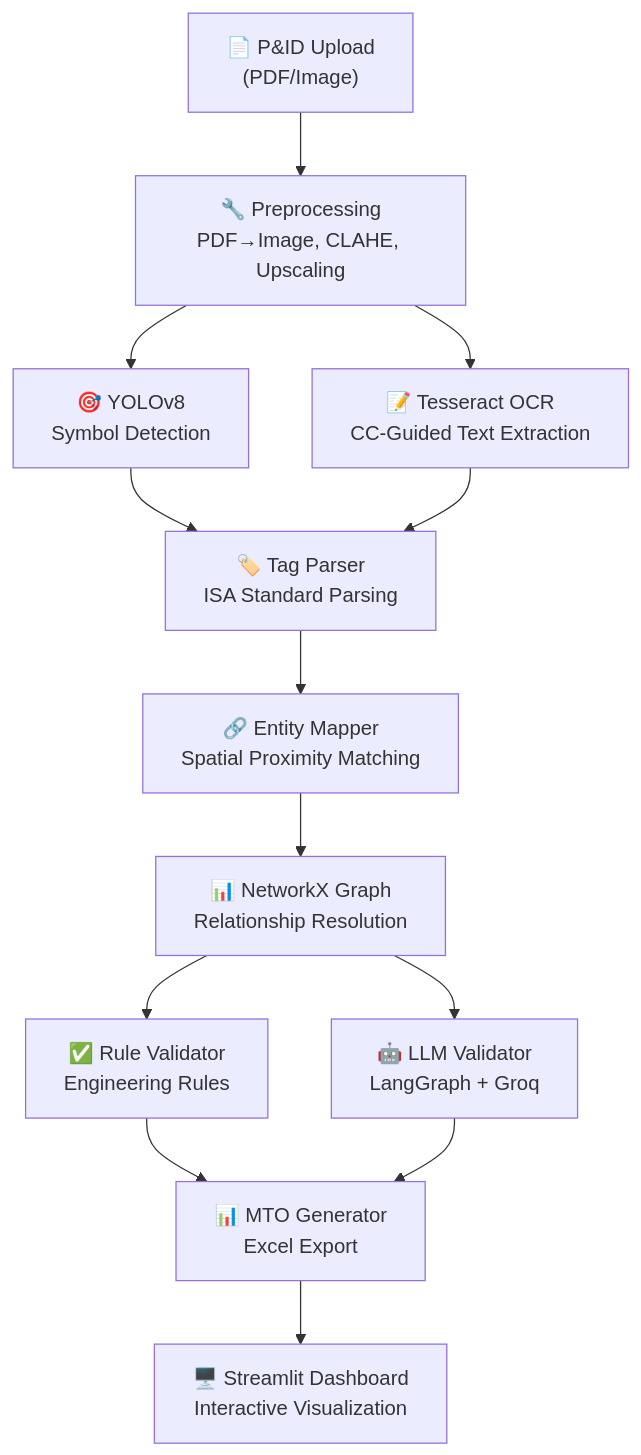
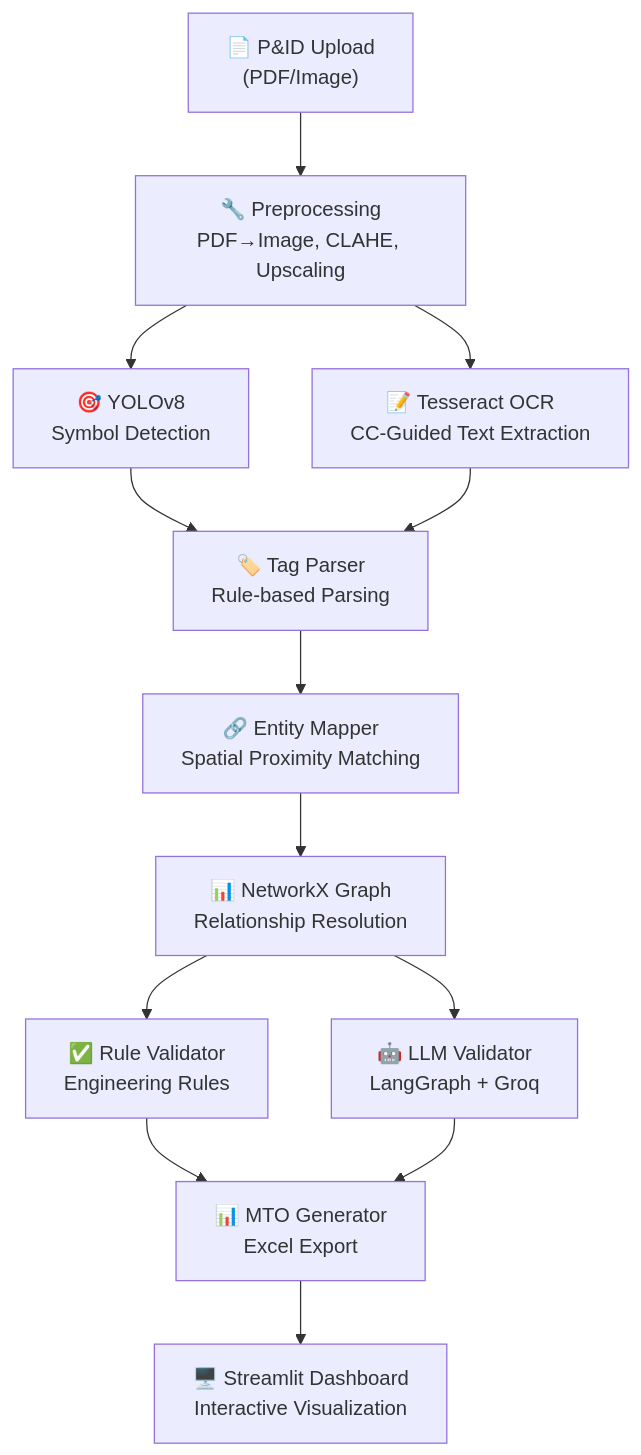
Before and after one commit to Venkateswara-Sahu/P-ID-Processing-MTO-Extraction-System: the first of 2 diagrams in README.md, drawn with Mermaid. The commit also changed other lines of this file, not shown here.

````diff
--- a/README.md
+++ b/README.md
@@ -29,15 +29,15 @@
 ```mermaid
 flowchart TB
     A["📄 P&ID Upload<br/>(PDF/Image)"] --> B["🔧 Preprocessing<br/>PDF→Image, CLAHE, Upscaling"]
     B --> C["🎯 YOLOv8<br/>Symbol Detection"]
     B --> D["📝 Tesseract OCR<br/>CC-Guided Text Extraction"]
-    C --> E["🏷️ Tag Parser<br/>ISA Standard Parsing"]
+    C --> E["🏷️ Tag Parser<br/>Rule-based Parsing"]
     D --> E
     E --> F["🔗 Entity Mapper<br/>Spatial Proximity Matching"]
     F --> G["📊 NetworkX Graph<br/>Relationship Resolution"]
     G --> H["✅ Rule Validator<br/>Engineering Rules"]
     G --> I["🤖 LLM Validator<br/>LangGraph + Groq"]
     H --> J["📊 MTO Generator<br/>Excel Export"]
     I --> J
     J --> K["🖥️ Streamlit Dashboard<br/>Interactive Visualization"]
 ```
````
